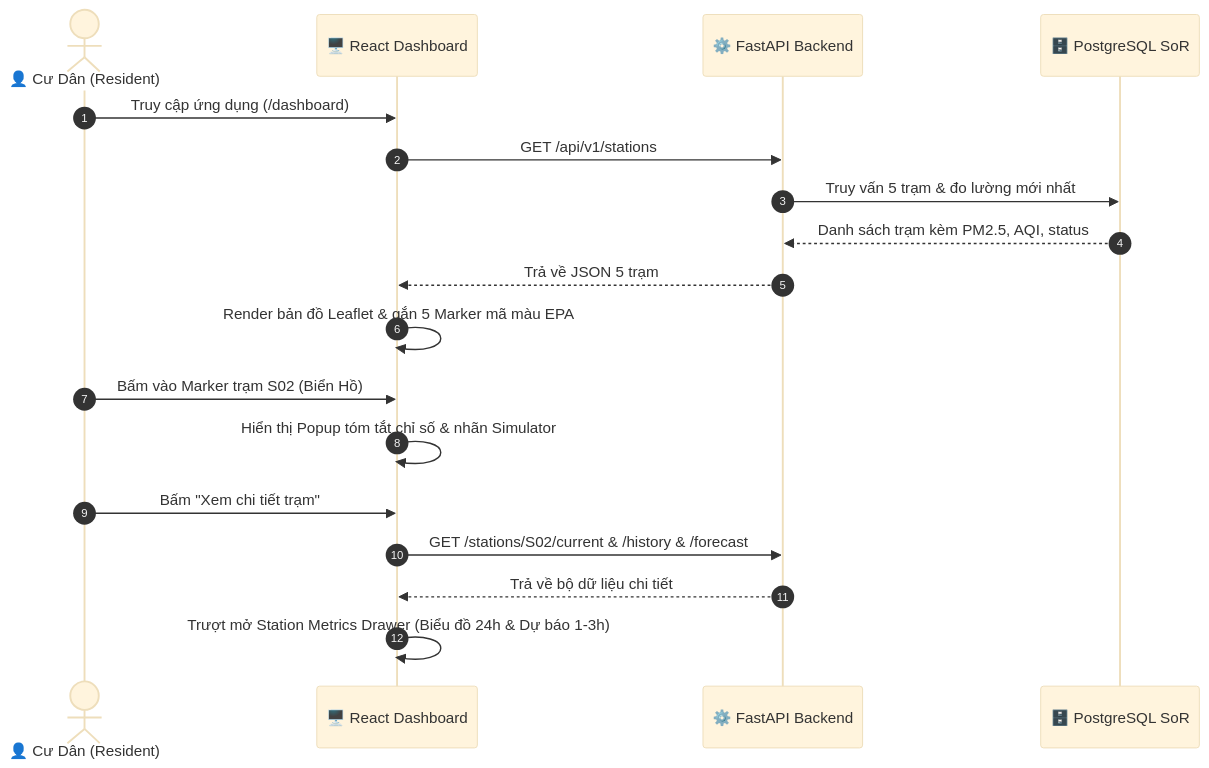
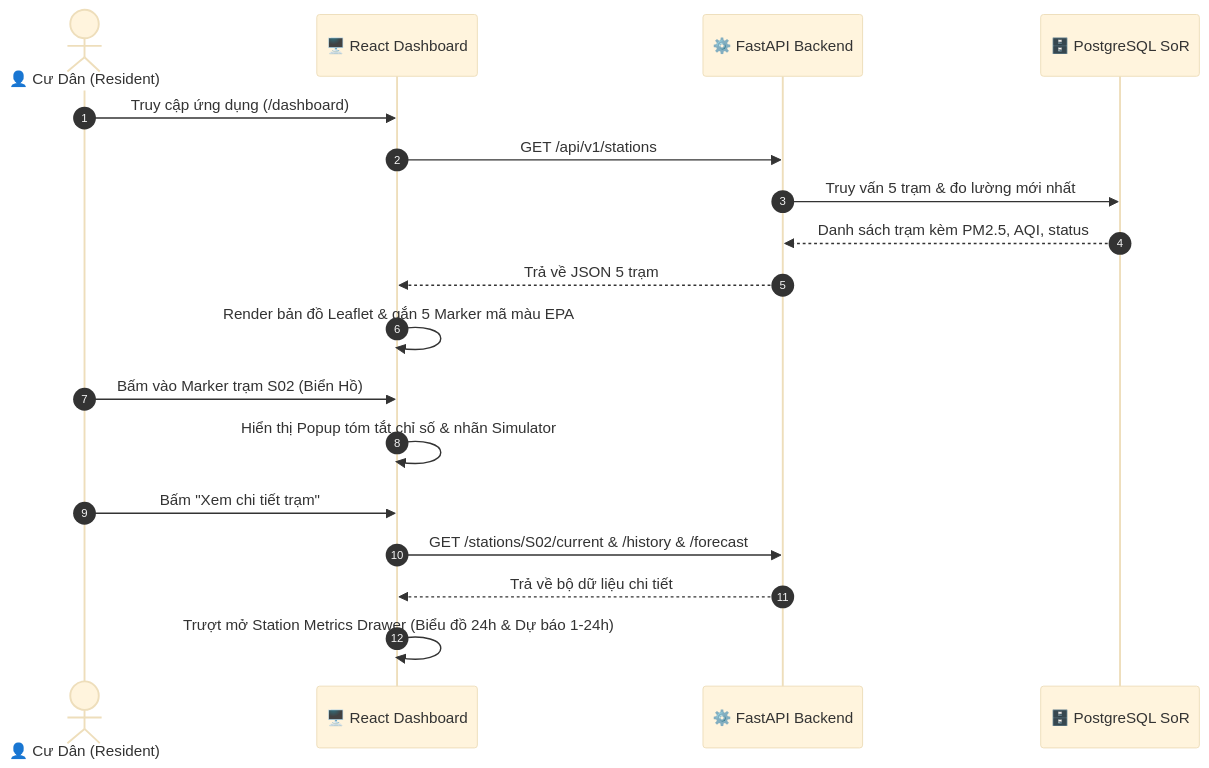
Before and after one commit to zangzang1303/airguard-core: the second of 5 diagrams in docs/SRS.md, drawn with Mermaid (base theme). The commit also changed other lines of this file and 2 other files, not shown here.

````diff
--- a/docs/SRS.md
+++ b/docs/SRS.md
@@ -662,21 +662,21 @@
 ```mermaid
 sequenceDiagram
     autonumber
     actor User as 👤 Cư Dân (Resident)
     participant UI as 🖥️ React Dashboard
     participant API as ⚙️ FastAPI Backend
     participant DB as 🗄️ PostgreSQL SoR
 
     User->>UI: Truy cập ứng dụng (/dashboard)
     UI->>API: GET /api/v1/stations
     API->>DB: Truy vấn 5 trạm & đo lường mới nhất
     DB-->>API: Danh sách trạm kèm PM2.5, AQI, status
     API-->>UI: Trả về JSON 5 trạm
     UI->>UI: Render bản đồ Leaflet & gắn 5 Marker mã màu EPA
     User->>UI: Bấm vào Marker trạm S02 (Biển Hồ)
     UI->>UI: Hiển thị Popup tóm tắt chỉ số & nhãn Simulator
     User->>UI: Bấm "Xem chi tiết trạm"
     UI->>API: GET /stations/S02/current & /history & /forecast
     API-->>UI: Trả về bộ dữ liệu chi tiết
-    UI->>UI: Trượt mở Station Metrics Drawer (Biểu đồ 24h & Dự báo 1-3h)
+    UI->>UI: Trượt mở Station Metrics Drawer (Biểu đồ 24h & Dự báo 1-24h)
 ```
````
